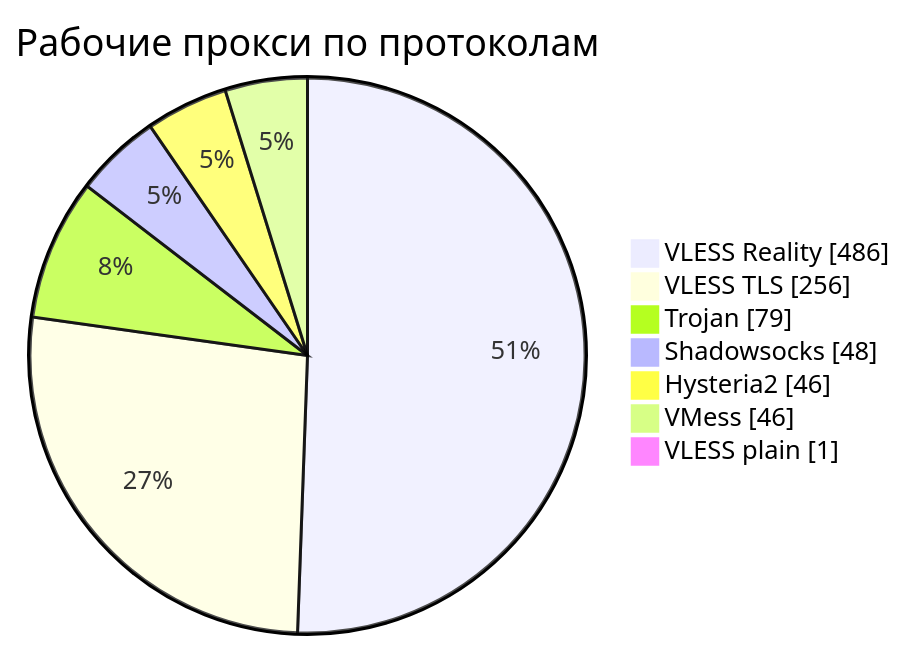
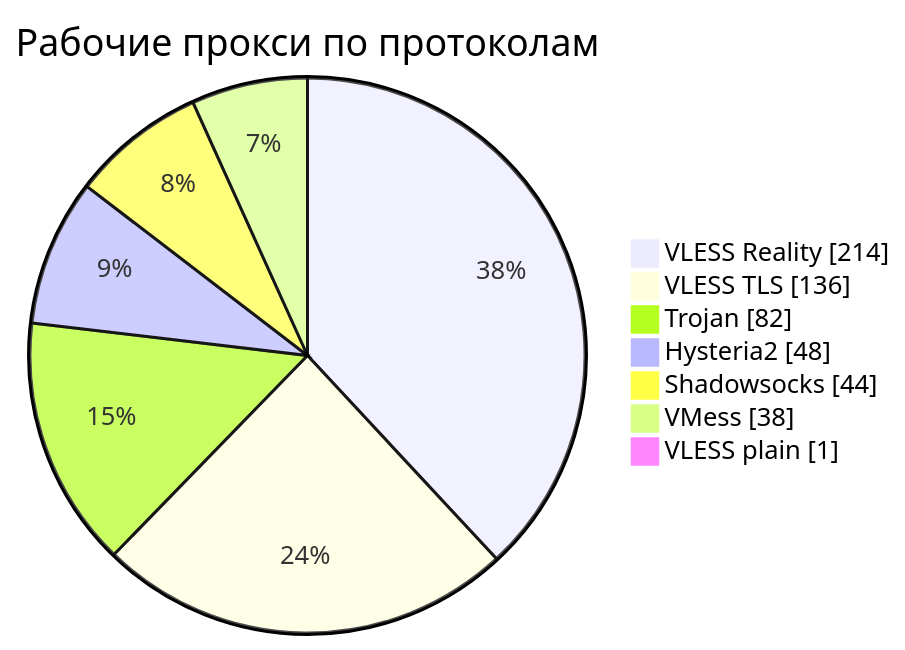
The third of 4 diagrams in README.md (rvvg/proxy-subs), drawn with Mermaid before and after one commit. The commit also changed other lines of this file and 53 other files, not shown here.

````diff
--- a/README.md
+++ b/README.md
@@ -141,11 +135,11 @@
 ```mermaid
 pie showData
     title Рабочие прокси по протоколам
-    "VLESS Reality" : 486
-    "VLESS TLS" : 256
-    "Trojan" : 79
-    "Shadowsocks" : 48
-    "Hysteria2" : 46
-    "VMess" : 46
+    "VLESS Reality" : 214
+    "VLESS TLS" : 136
+    "Trojan" : 82
+    "Hysteria2" : 48
+    "Shadowsocks" : 44
+    "VMess" : 38
     "VLESS plain" : 1
 ```
````
